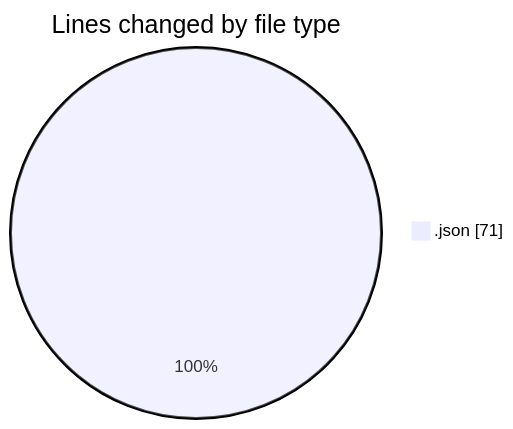
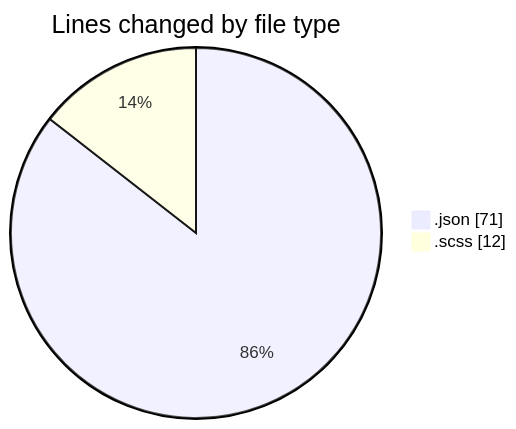
Before and after one commit to momahboobian/code-tracking: the first of 2 diagrams in 2026-01-22/cda/README.md, drawn with Mermaid. The commit also changed other lines of this file and 1 other file, not shown here.

````diff
--- a/2026-01-22/cda/README.md
+++ b/2026-01-22/cda/README.md
@@ -20,5 +21,6 @@
 ```mermaid
 pie showData
 title Lines changed by file type
 ".json" : 71
+".scss" : 12
 ```
````
